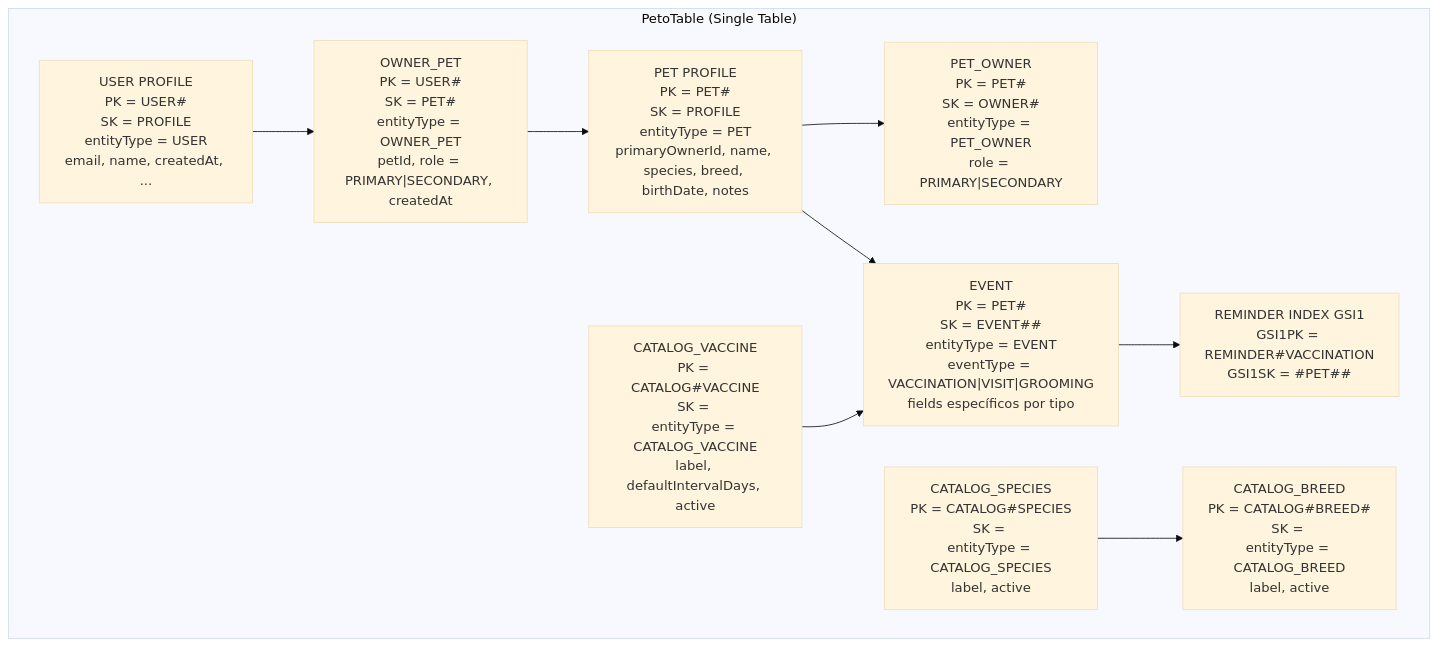
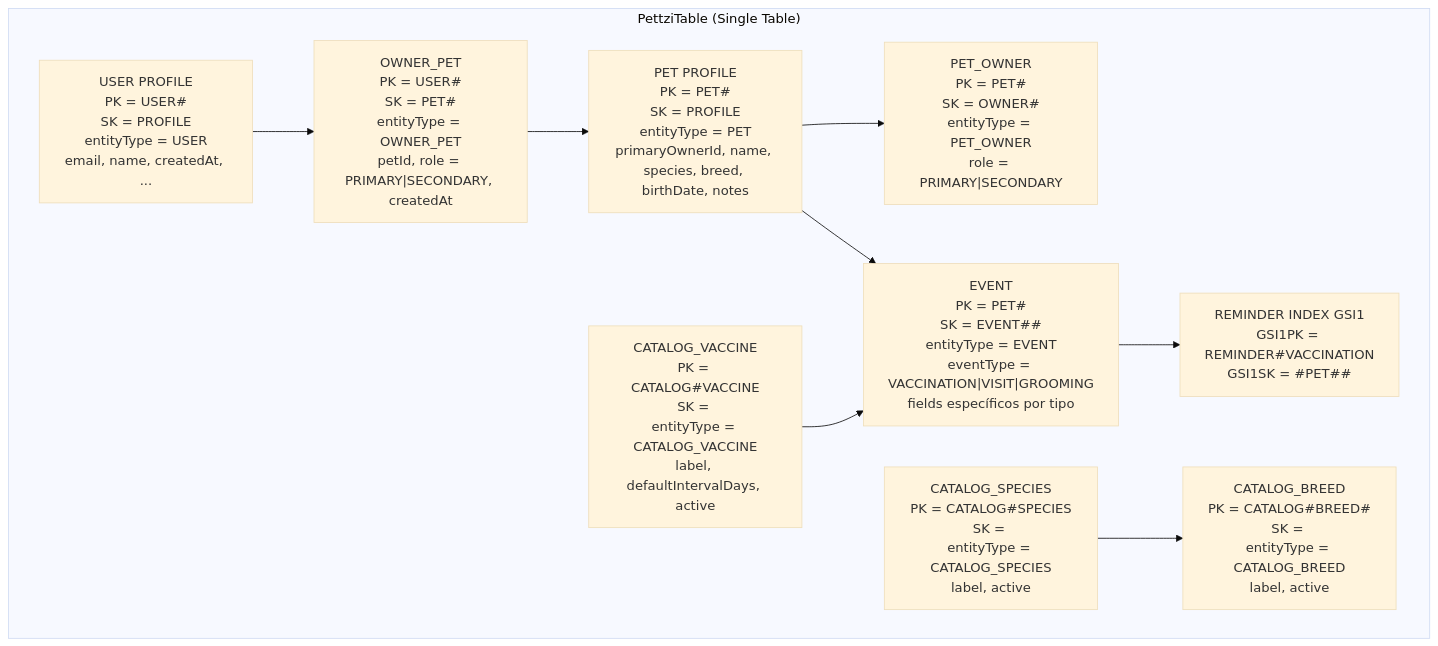
The fourth of 7 diagrams in ARCHITECTURE.md (fjbatresv/pettzi), drawn with Mermaid (base theme) before and after one commit. The commit also changed other lines of this file and 147 other files, not shown here.

````diff
--- a/ARCHITECTURE.md
+++ b/ARCHITECTURE.md
@@ -232,68 +232,68 @@
 ```mermaid
 flowchart TB
 
-    subgraph PetoTable["PetoTable (Single Table)"]
+    subgraph PettziTable["PettziTable (Single Table)"]
 
         userProfile["USER PROFILE
 PK = USER#<userId>
 SK = PROFILE
 entityType = USER
 email, name, createdAt, ..."]
 
         userPet["OWNER_PET
 PK = USER#<userId>
 SK = PET#<petId>
 entityType = OWNER_PET
 petId, role = PRIMARY|SECONDARY, createdAt"]
 
         petProfile["PET PROFILE
 PK = PET#<petId>
 SK = PROFILE
 entityType = PET
 primaryOwnerId, name, species, breed, birthDate, notes"]
 
         petOwner["PET_OWNER
 PK = PET#<petId>
 SK = OWNER#<userId>
 entityType = PET_OWNER
 role = PRIMARY|SECONDARY"]
 
         eventItem["EVENT
 PK = PET#<petId>
 SK = EVENT#<date>#<eventId>
 entityType = EVENT
 eventType = VACCINATION|VISIT|GROOMING
 fields específicos por tipo"]
 
         catalogSpecies["CATALOG_SPECIES
 PK = CATALOG#SPECIES
 SK = <SPECIES_CODE>
 entityType = CATALOG_SPECIES
 label, active"]
 
         catalogBreed["CATALOG_BREED
 PK = CATALOG#BREED#<SPECIES_CODE>
 SK = <BREED_CODE>
 entityType = CATALOG_BREED
 label, active"]
 
         catalogVaccine["CATALOG_VACCINE
 PK = CATALOG#VACCINE
 SK = <VACCINE_CODE>
 entityType = CATALOG_VACCINE
 label, defaultIntervalDays, active"]
 
         reminderIdx["REMINDER INDEX GSI1
 GSI1PK = REMINDER#VACCINATION
 GSI1SK = <nextDueDate>#PET#<petId>#<eventId>"]
     end
 
     userProfile --> userPet
     userPet --> petProfile
     petProfile --> petOwner
     petProfile --> eventItem
     eventItem --> reminderIdx
 
     catalogSpecies --> catalogBreed
     catalogVaccine --> eventItem
 ```
````
